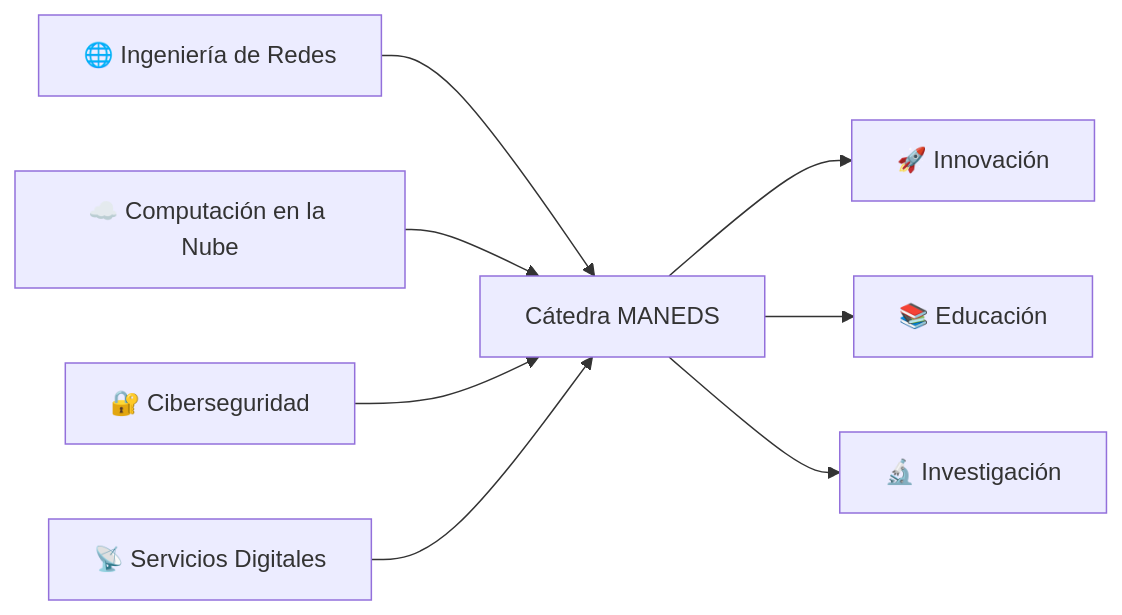
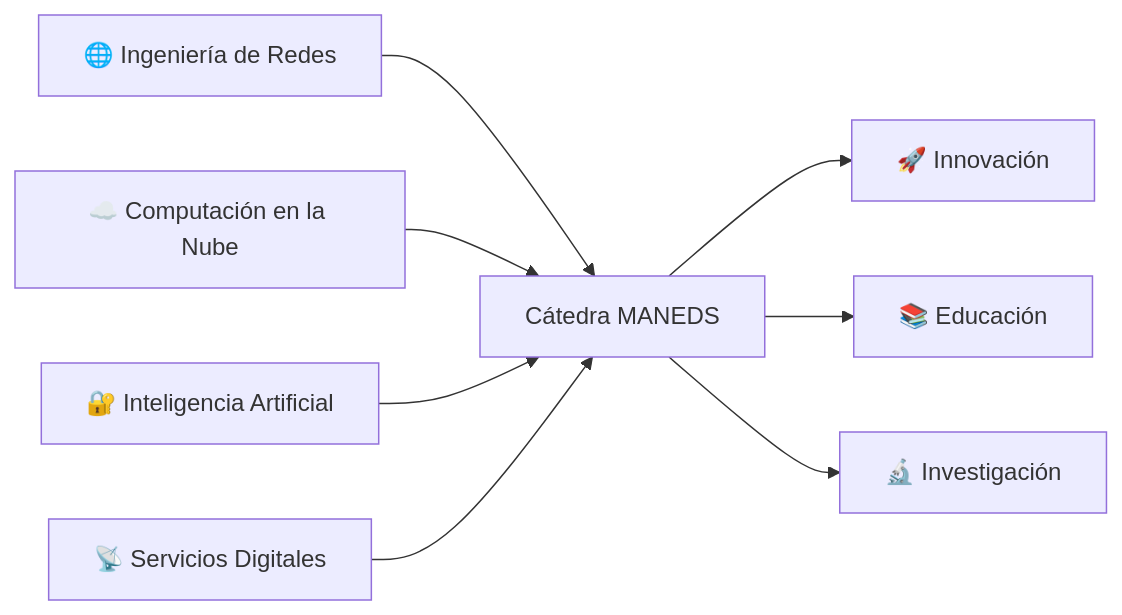
The diagram in profile/README.md (Catedra-MANEDS/.github), drawn with Mermaid before and after one commit. The commit also changed other lines of this file, not shown here.

````diff
--- a/profile/README.md
+++ b/profile/README.md
@@ -68,10 +68,10 @@
 ```mermaid
 graph LR
     A[🌐 Ingeniería de Redes] --> E[Cátedra MANEDS]
     B[☁️ Computación en la Nube] --> E
-    C[🔐 Ciberseguridad] --> E
+    C[🔐 Inteligencia Artificial] --> E
     D[📡 Servicios Digitales] --> E
     E --> F[🚀 Innovación]
     E --> G[📚 Educación]
     E --> H[🔬 Investigación]
 ```
````
